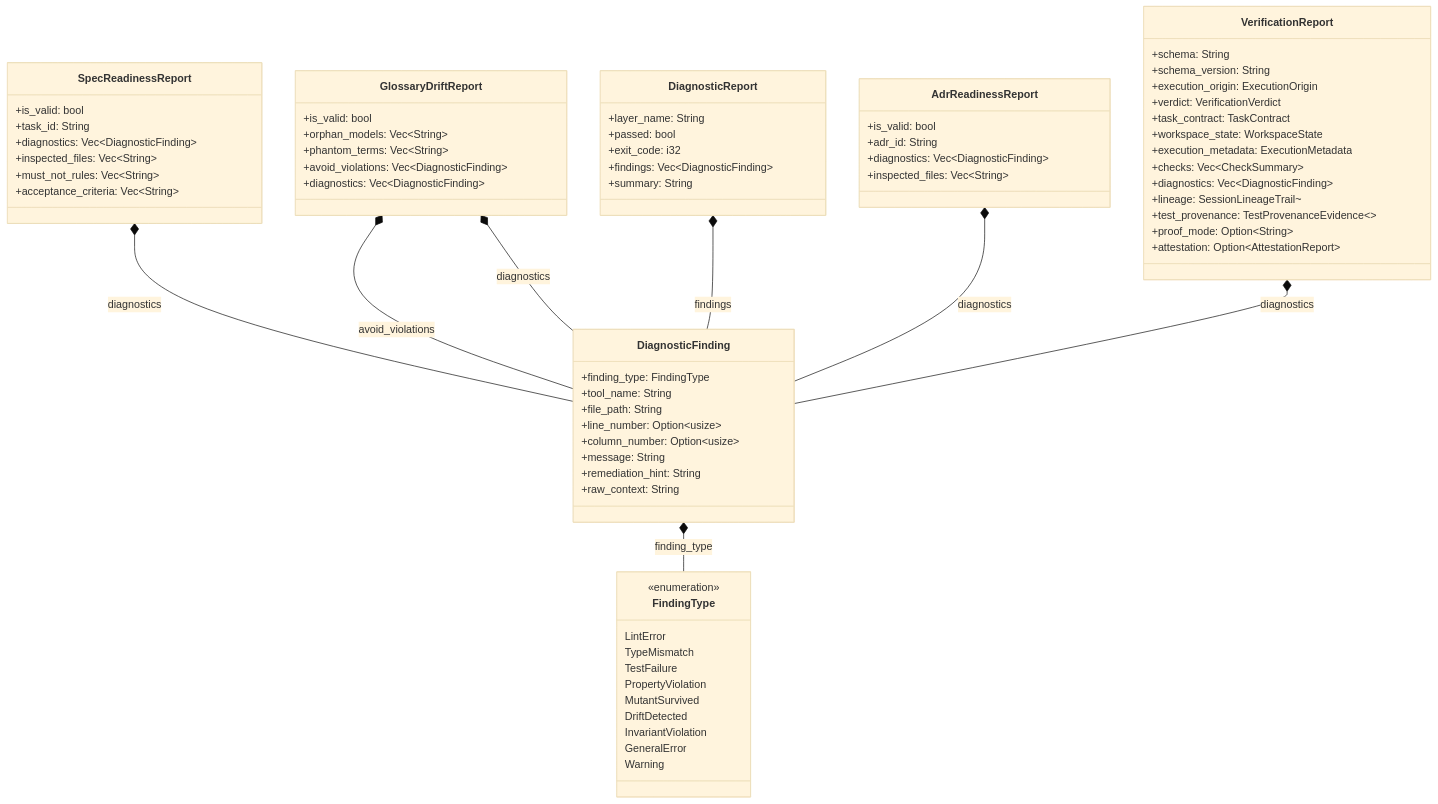
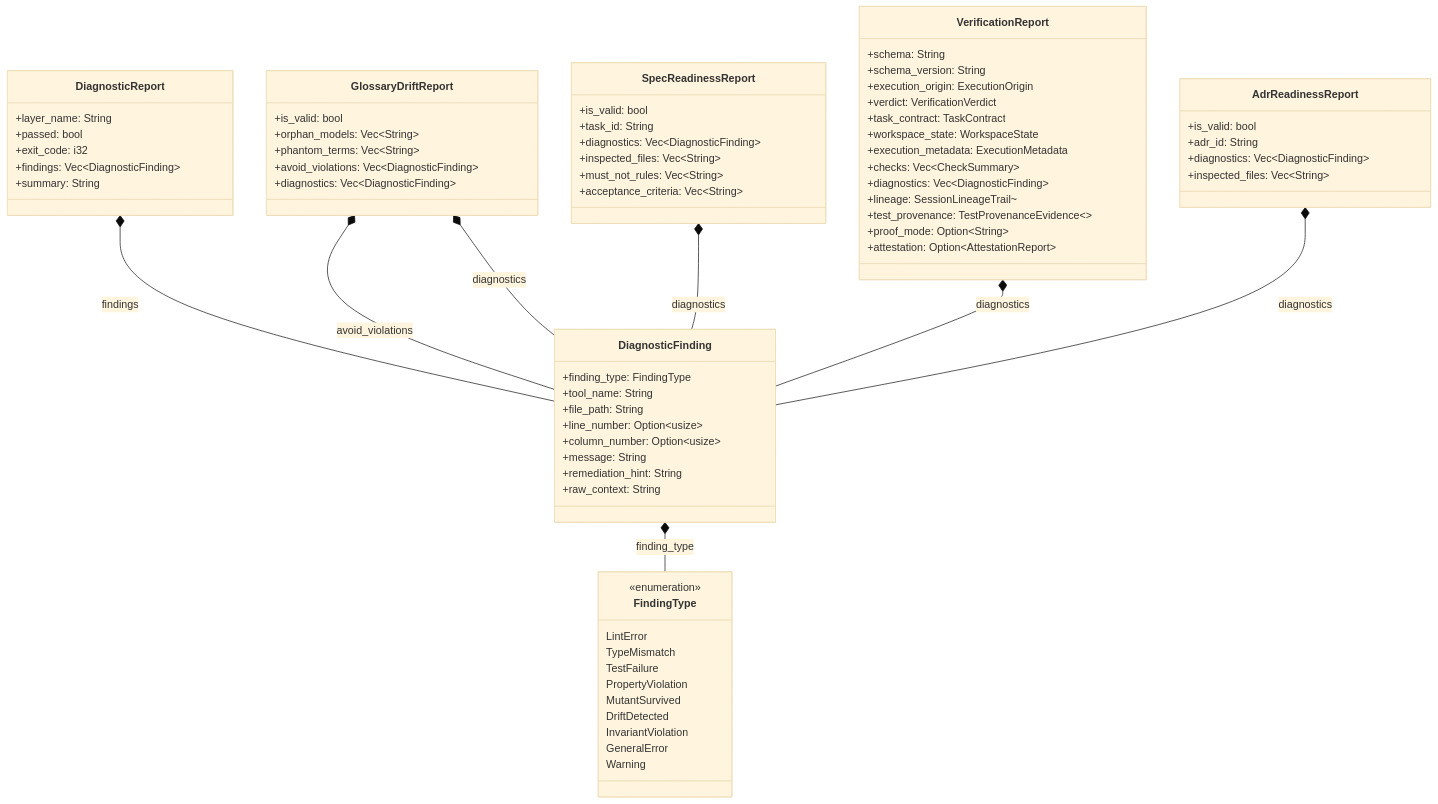
The diagram in docs/architecture/diagnostics.md (rolfmadsen/xgauntlet), drawn with Mermaid (base theme) before and after one commit. The commit also changed other lines of this file and 16 other files, not shown here.

````diff
--- a/docs/architecture/diagnostics.md
+++ b/docs/architecture/diagnostics.md
@@ -84,11 +84,11 @@
         +attestation: Option~AttestationReport~
     }
 
-    SpecReadinessReport *-- DiagnosticFinding : diagnostics
+    DiagnosticReport *-- DiagnosticFinding : findings
     GlossaryDriftReport *-- DiagnosticFinding : avoid_violations
     GlossaryDriftReport *-- DiagnosticFinding : diagnostics
     DiagnosticFinding *-- FindingType : finding_type
-    DiagnosticReport *-- DiagnosticFinding : findings
+    SpecReadinessReport *-- DiagnosticFinding : diagnostics
+    VerificationReport *-- DiagnosticFinding : diagnostics
     AdrReadinessReport *-- DiagnosticFinding : diagnostics
-    VerificationReport *-- DiagnosticFinding : diagnostics
 ```
````
